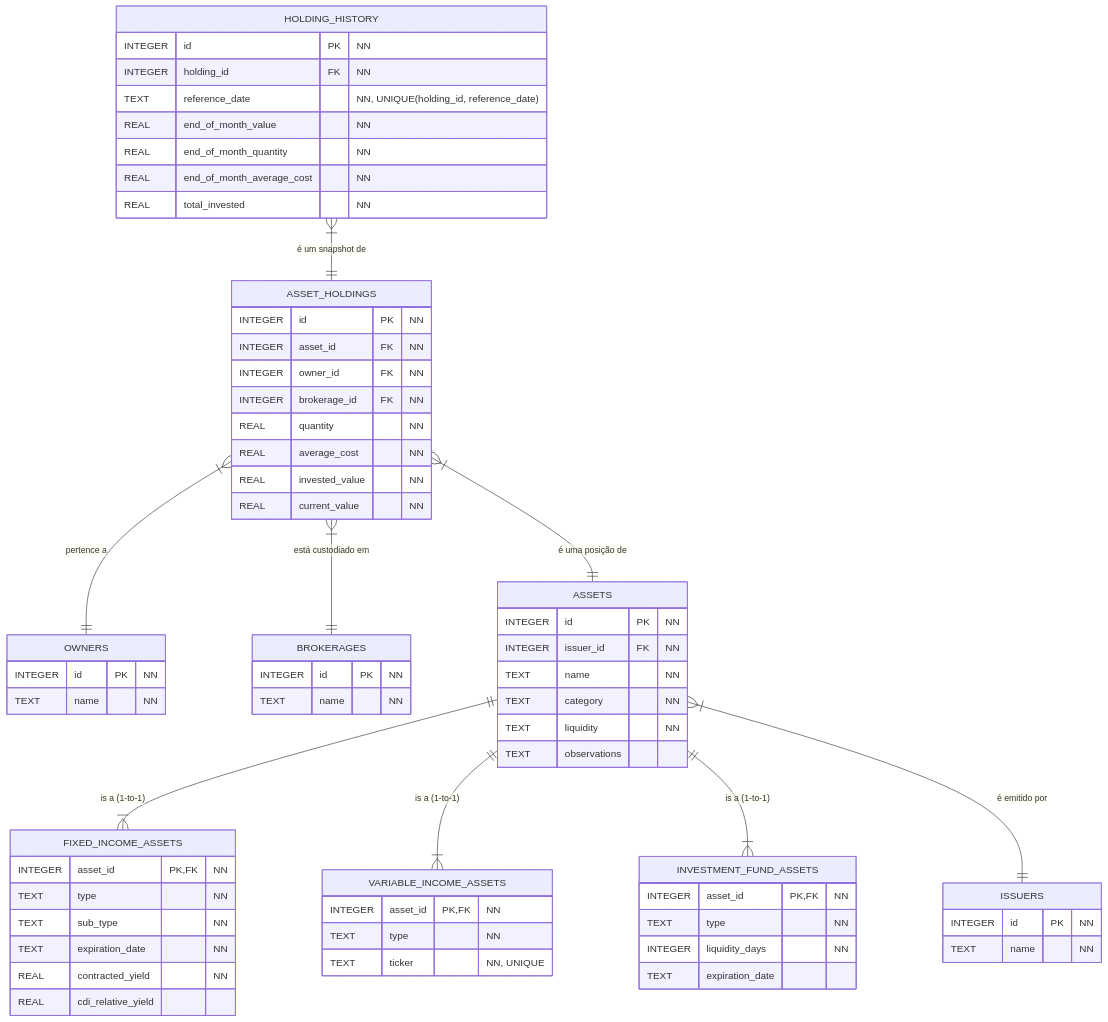
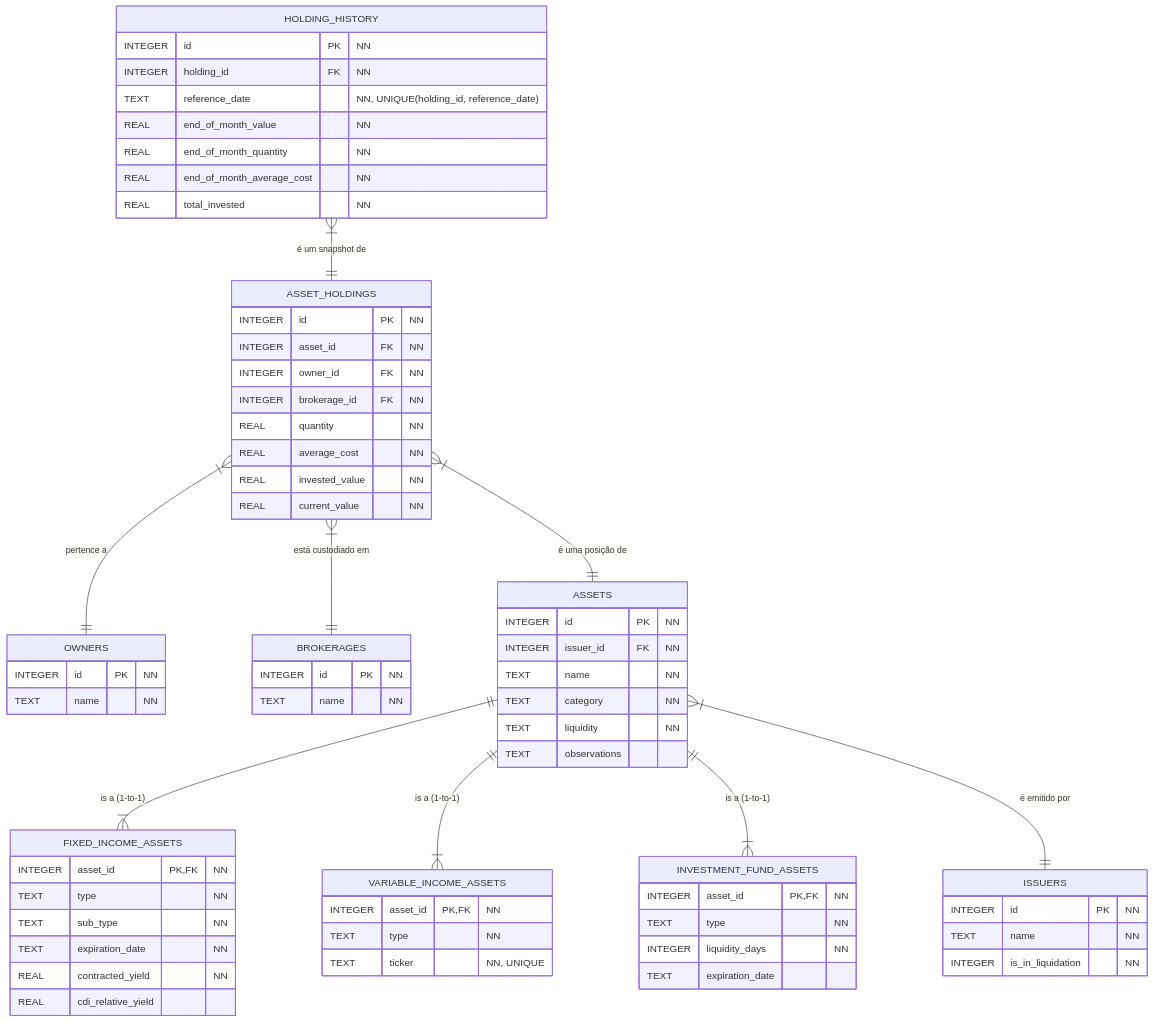
Before and after one commit to enirsilvaferraz/Investments-KMP: the diagram in docs/Modelagem do Banco de Dados.md, drawn with Mermaid. The commit also changed other lines of this file and 9 other files, not shown here.

````diff
--- a/docs/Modelagem do Banco de Dados.md
+++ b/docs/Modelagem do Banco de Dados.md
@@ -7,70 +7,71 @@
 ```mermaid
 erDiagram
     OWNERS {
         INTEGER id PK "NN"
         TEXT name "NN"
     }
     BROKERAGES {
         INTEGER id PK "NN"
         TEXT name "NN"
     }
     ISSUERS {
         INTEGER id PK "NN"
         TEXT name "NN"
+        INTEGER is_in_liquidation "NN"
     }
     ASSETS {
         INTEGER id PK "NN"
         INTEGER issuer_id FK "NN"
         TEXT name "NN"
         TEXT category "NN"
         TEXT liquidity "NN"
         TEXT observations
     }
     FIXED_INCOME_ASSETS {
         INTEGER asset_id PK, FK "NN"
         TEXT type "NN"
         TEXT sub_type "NN"
         TEXT expiration_date "NN"
         REAL contracted_yield "NN"
         REAL cdi_relative_yield
     }
     VARIABLE_INCOME_ASSETS {
         INTEGER asset_id PK, FK "NN"
         TEXT type "NN"
         TEXT ticker "NN, UNIQUE"
     }
     INVESTMENT_FUND_ASSETS {
         INTEGER asset_id PK, FK "NN"
         TEXT type "NN"
         INTEGER liquidity_days "NN"
         TEXT expiration_date
     }
     ASSET_HOLDINGS {
         INTEGER id PK "NN"
         INTEGER asset_id FK "NN"
         INTEGER owner_id FK "NN"
         INTEGER brokerage_id FK "NN"
         REAL quantity "NN"
         REAL average_cost "NN"
         REAL invested_value "NN"
         REAL current_value "NN"
     }
     HOLDING_HISTORY {
         INTEGER id PK "NN"
         INTEGER holding_id FK "NN"
         TEXT reference_date "NN, UNIQUE(holding_id, reference_date)"
         REAL end_of_month_value "NN"
         REAL end_of_month_quantity "NN"
         REAL end_of_month_average_cost "NN"
         REAL total_invested "NN"
     }
 
     ASSETS ||--|{ FIXED_INCOME_ASSETS : "is a (1-to-1)"
     ASSETS ||--|{ VARIABLE_INCOME_ASSETS : "is a (1-to-1)"
     ASSETS ||--|{ INVESTMENT_FUND_ASSETS : "is a (1-to-1)"
     ASSETS }|--|| ISSUERS : "é emitido por"
     ASSET_HOLDINGS }|--|| ASSETS : "é uma posição de"
     ASSET_HOLDINGS }|--|| OWNERS : "pertence a"
     ASSET_HOLDINGS }|--|| BROKERAGES : "está custodiado em"
     HOLDING_HISTORY }|--|| ASSET_HOLDINGS : "é um snapshot de"
 ```
````
